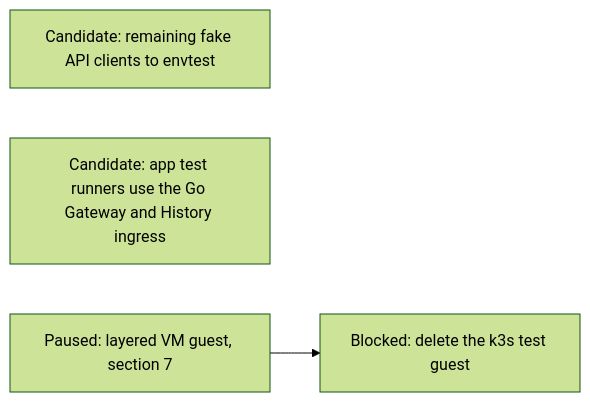
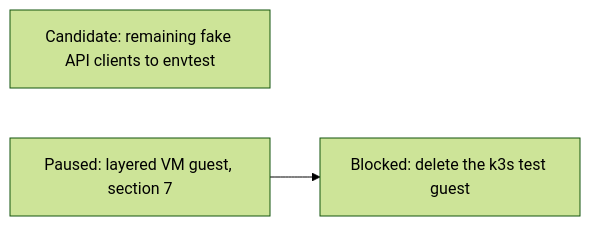
One commit to agentydragon-agent/ducktape changed diagram 19 of 19 in agentplane/plans/task_dag.md. Above: the diagram before and after it, drawn with Mermaid (forest theme). The commit also changed other lines of this file and 38 other files, not shown here.

````diff
--- a/agentplane/plans/task_dag.md
+++ b/agentplane/plans/task_dag.md
@@ -1987,6 +1986,5 @@
 ```mermaid
 flowchart LR
     FAKE_CLIENTS_TO_ENVTEST[Candidate: remaining fake API clients to envtest]
-    APP_TEST_RUNNER_FIXTURES_GO[Candidate: app test runners use the Go Gateway and History ingress]
     RUNNER_LAYERING_VM[Paused: layered VM guest, section 7] --> K3S_TEST_GUEST_RETIRE[Blocked: delete the k3s test guest]
 ```
````
